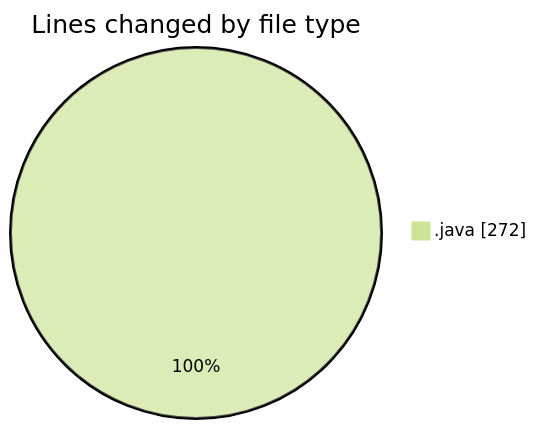
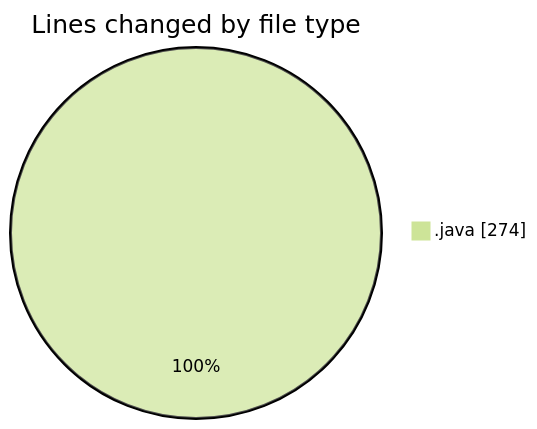
The first of 2 diagrams in 2026-05-26/cilapp/README.md (ricardozamudiocil/code-tracking), drawn with Mermaid (forest theme) before and after one commit. The commit also changed other lines of this file and 1 other file, not shown here.

````diff
--- a/2026-05-26/cilapp/README.md
+++ b/2026-05-26/cilapp/README.md
@@ -20,5 +20,5 @@
 ```mermaid
 pie showData
 title Lines changed by file type
-".java" : 272
+".java" : 274
 ```
````
